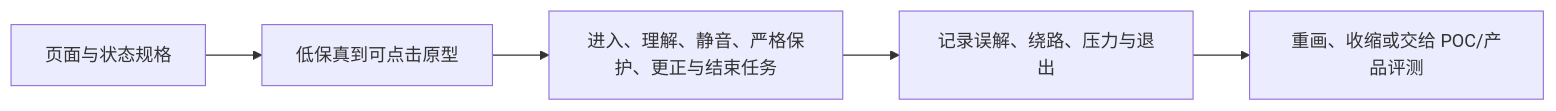
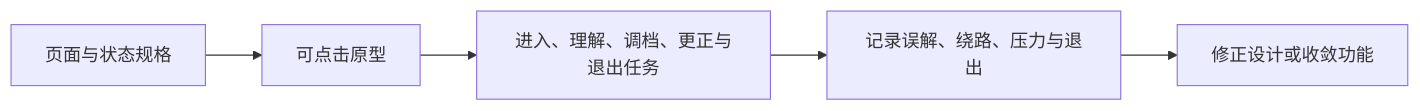
Diagram 11 of 12 in docs/球球全套资料/4.产品设计/34-用户端页面与视觉规格.md (weiz98417-crypto/qiuqiu), drawn with Mermaid before and after one commit. The commit also changed other lines of this file and 49 other files, not shown here.

````diff
--- a/docs/球球全套资料/4.产品设计/34-用户端页面与视觉规格.md
+++ b/docs/球球全套资料/4.产品设计/34-用户端页面与视觉规格.md
@@ -620,7 +687,7 @@
 ```mermaid
 flowchart LR
-    Spec[页面与状态规格] --> Prototype[低保真到可点击原型]
-    Prototype --> Tasks[进入、理解、静音、严格保护、更正与结束任务]
+    Spec[页面与状态规格] --> Prototype[可点击原型]
+    Prototype --> Tasks[进入、理解、调档、更正与退出任务]
     Tasks --> Observe[记录误解、绕路、压力与退出]
-    Observe --> Decision[重画、收缩或交给 POC/产品评测]
+    Observe --> Decision[修正设计或收敛功能]
 ```
````
